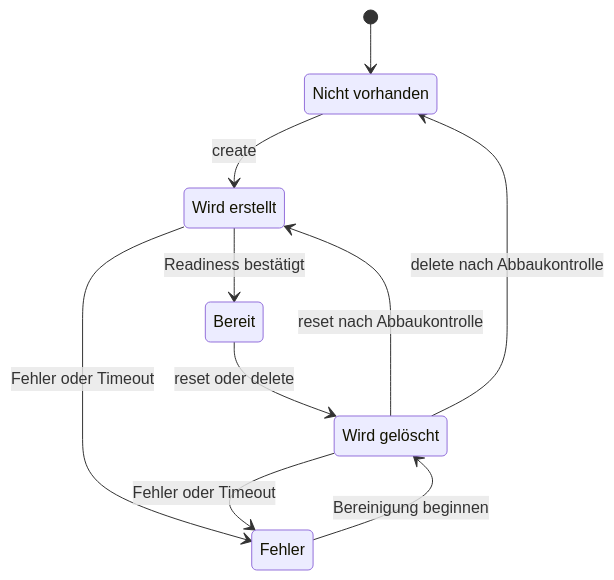
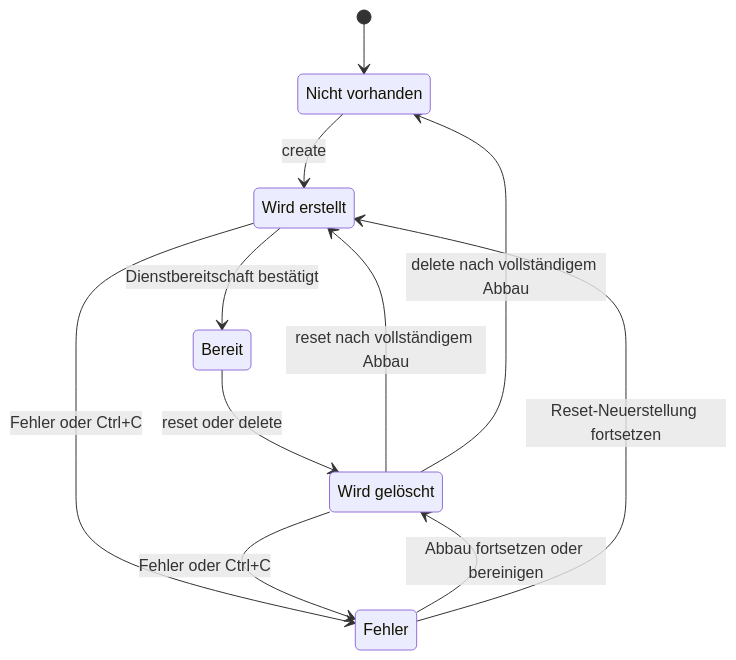
One commit to Cancani/diplomarbeit changed the sixth of 6 diagrams in docs/dokumentation.md. Above: the diagram before and after it, drawn with Mermaid. The commit also changed other lines of this file and 1 other file, not shown here.

````diff
--- a/docs/dokumentation.md
+++ b/docs/dokumentation.md
@@ -1366,17 +1363,18 @@
 ```mermaid
 stateDiagram-v2
     state "Nicht vorhanden" as absent
     state "Wird erstellt" as creating
     state "Bereit" as ready
     state "Wird gelöscht" as deleting
     state "Fehler" as error
     [*] --> absent
     absent --> creating: create
-    creating --> ready: Readiness bestätigt
-    creating --> error: Fehler oder Timeout
+    creating --> ready: Dienstbereitschaft bestätigt
+    creating --> error: Fehler oder Ctrl+C
     ready --> deleting: reset oder delete
-    deleting --> creating: reset nach Abbaukontrolle
-    deleting --> absent: delete nach Abbaukontrolle
-    deleting --> error: Fehler oder Timeout
-    error --> deleting: Bereinigung beginnen
+    deleting --> creating: reset nach vollständigem Abbau
+    deleting --> absent: delete nach vollständigem Abbau
+    deleting --> error: Fehler oder Ctrl+C
+    error --> deleting: Abbau fortsetzen oder bereinigen
+    error --> creating: Reset-Neuerstellung fortsetzen
 ```
````
